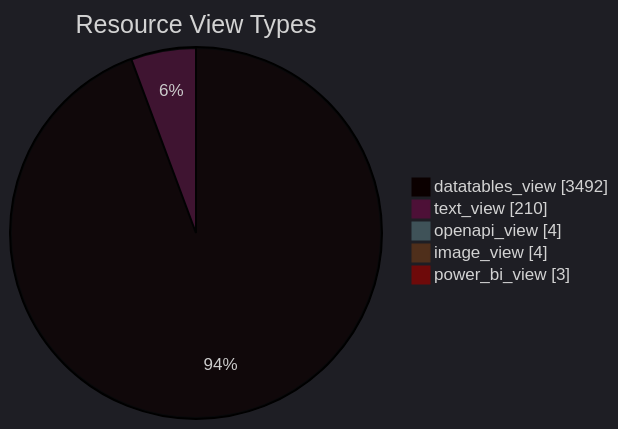
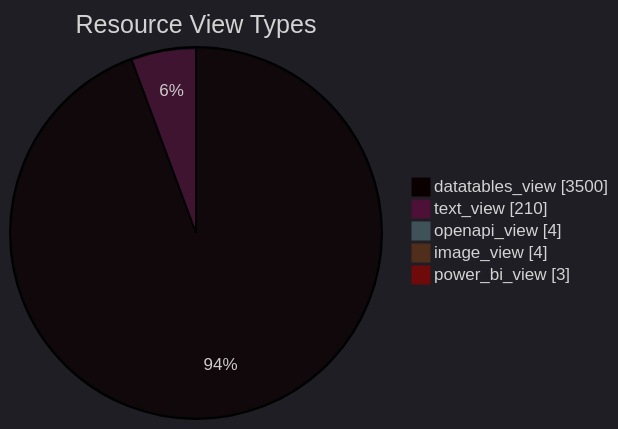
One commit to open-data/analytics-corporate-reporting changed the diagram in datastore_tracker/resource_view_types_pie_chart.md. Above: the diagram before and after it, drawn with Mermaid. The commit also changed 9 other files, not shown here.

````diff
--- a/datastore_tracker/resource_view_types_pie_chart.md
+++ b/datastore_tracker/resource_view_types_pie_chart.md
@@ -2,12 +2,12 @@
 ```mermaid
 ---
 config:
   theme: dark
 ---
 pie showData title Resource View Types
-    "datatables_view": 3492
+    "datatables_view": 3500
     "text_view": 210
     "openapi_view": 4
     "image_view": 4
     "power_bi_view": 3
 ```
````
